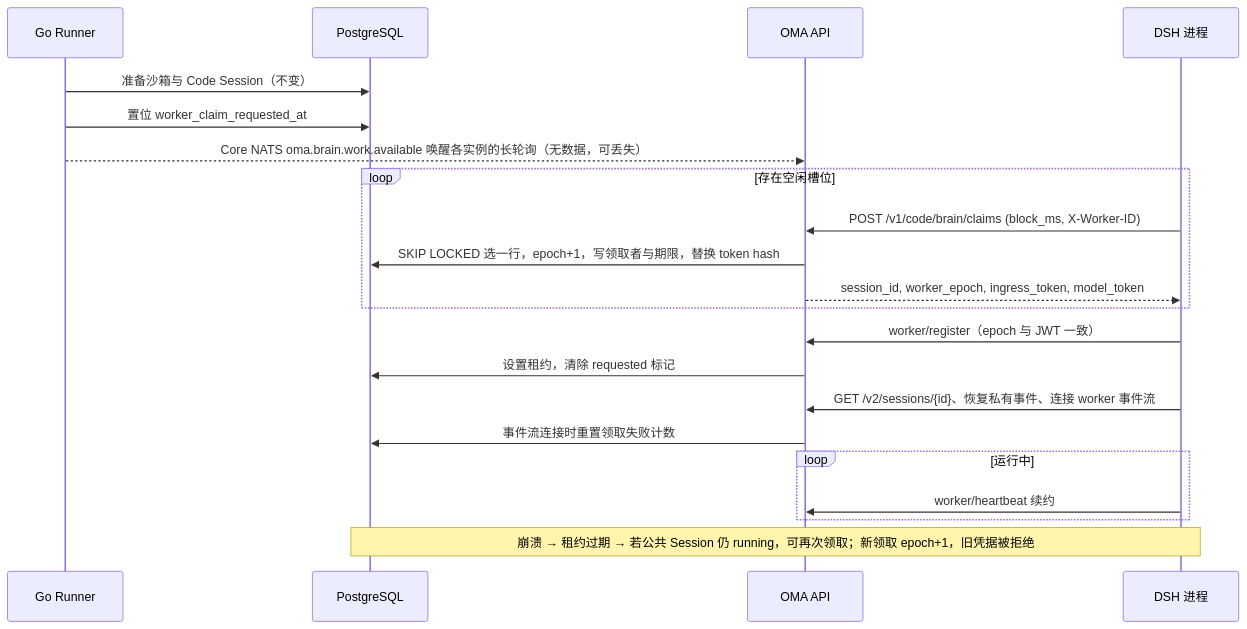
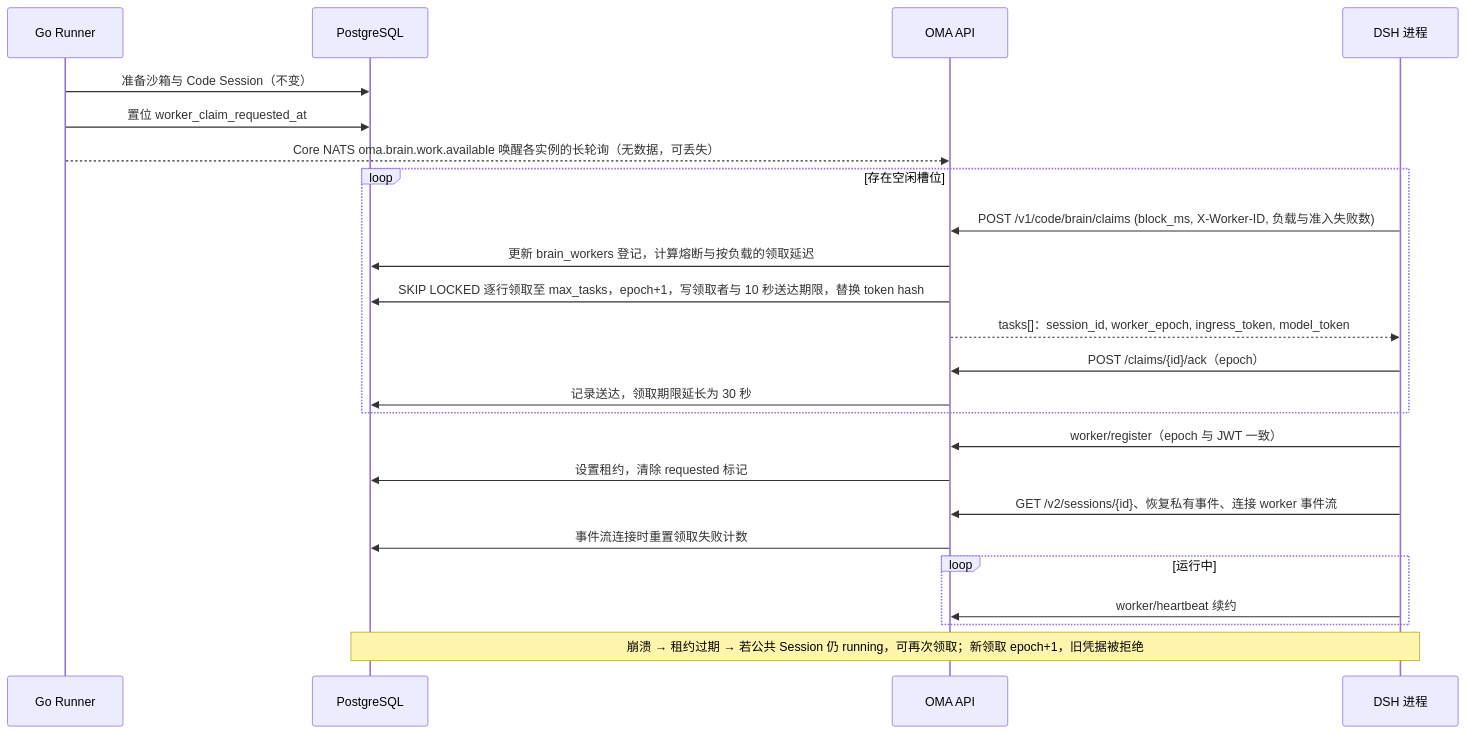
The first of 3 diagrams in docs/design/be/brain-worker-claim.md (superduck-ai/open-managed-agents), drawn with Mermaid before and after one commit. The commit also changed other lines of this file and 26 other files, not shown here.

````diff
--- a/docs/design/be/brain-worker-claim.md
+++ b/docs/design/be/brain-worker-claim.md
@@ -48,23 +50,26 @@
 ```mermaid
 sequenceDiagram
     participant R as Go Runner
     participant DB as PostgreSQL
     participant API as OMA API
     participant D as DSH 进程
     R->>DB: 准备沙箱与 Code Session（不变）
     R->>DB: 置位 worker_claim_requested_at
     R-->>API: Core NATS oma.brain.work.available 唤醒各实例的长轮询（无数据，可丢失）
     loop 存在空闲槽位
-        D->>API: POST /v1/code/brain/claims (block_ms, X-Worker-ID)
-        API->>DB: SKIP LOCKED 选一行，epoch+1，写领取者与期限，替换 token hash
-        API-->>D: session_id, worker_epoch, ingress_token, model_token
+        D->>API: POST /v1/code/brain/claims (block_ms, X-Worker-ID, 负载与准入失败数)
+        API->>DB: 更新 brain_workers 登记，计算熔断与按负载的领取延迟
+        API->>DB: SKIP LOCKED 逐行领取至 max_tasks，epoch+1，写领取者与 10 秒送达期限，替换 token hash
+        API-->>D: tasks[]：session_id, worker_epoch, ingress_token, model_token
+        D->>API: POST /claims/{id}/ack（epoch）
+        API->>DB: 记录送达，领取期限延长为 30 秒
     end
     D->>API: worker/register（epoch 与 JWT 一致）
     API->>DB: 设置租约，清除 requested 标记
     D->>API: GET /v2/sessions/{id}、恢复私有事件、连接 worker 事件流
     API->>DB: 事件流连接时重置领取失败计数
     loop 运行中
         D->>API: worker/heartbeat 续约
     end
     Note over D,DB: 崩溃 → 租约过期 → 若公共 Session 仍 running，可再次领取；新领取 epoch+1，旧凭据被拒绝
 ```
````
